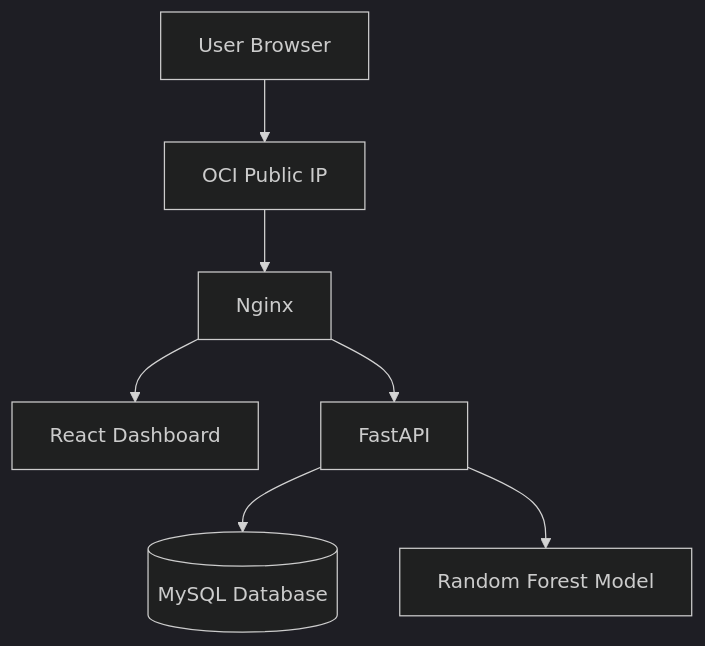
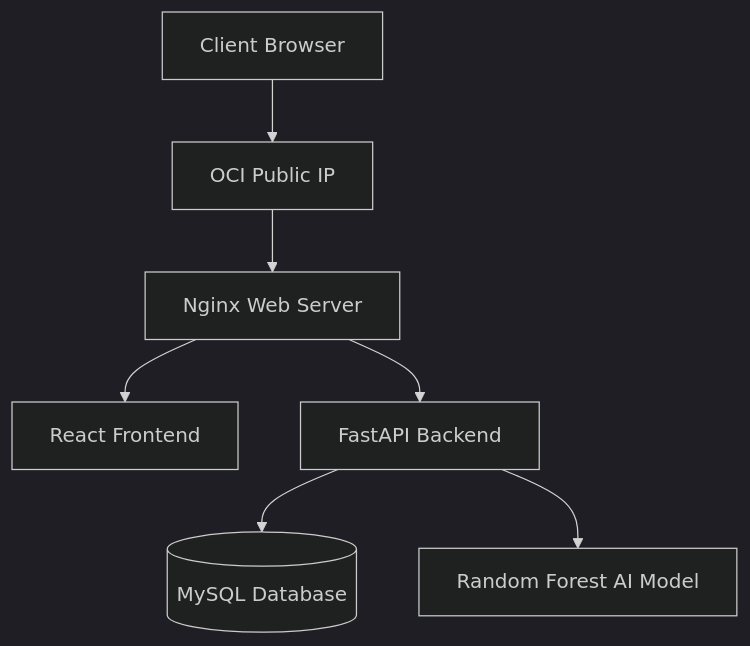
One commit to mountaindew93/OracleCloud_IDS changed the second of 3 diagrams in README.md. Above: the diagram before and after it, drawn with Mermaid (dark theme). The commit also changed other lines of this file and 1 other file, not shown here.

````diff
--- a/README.md
+++ b/README.md
@@ -75,17 +82,17 @@
 ```mermaid
 flowchart TD
 
-User[User Browser]
+User[Client Browser]
 
 User --> PublicIP[OCI Public IP]
 
-PublicIP --> Nginx[Nginx]
+PublicIP --> Nginx[Nginx Web Server]
 
-Nginx --> React[React Dashboard]
+Nginx --> React[React Frontend]
 
-Nginx --> FastAPI
+Nginx --> FastAPI[FastAPI Backend]
 
 FastAPI --> MySQL[(MySQL Database)]
 
-FastAPI --> AI[Random Forest Model]
+FastAPI --> Model[Random Forest AI Model]
 ```
````
